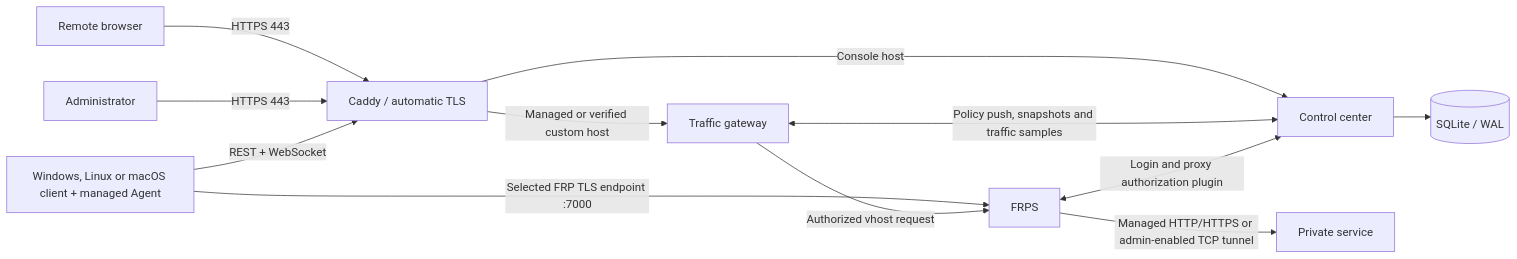
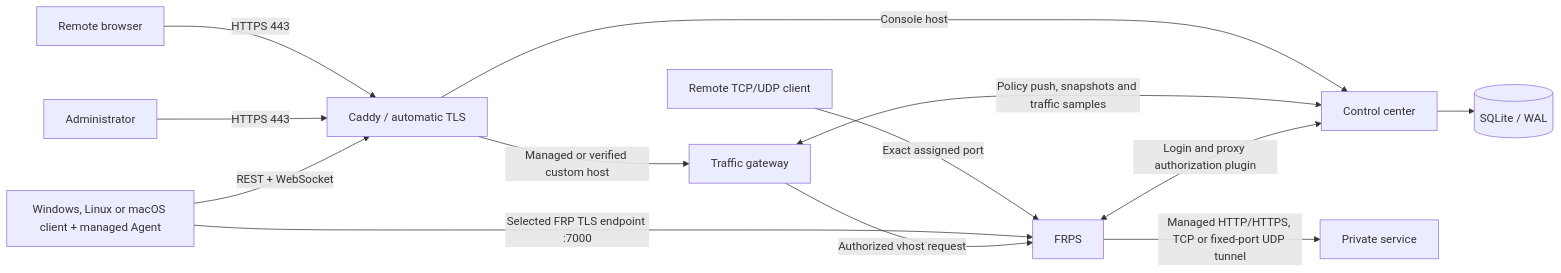
One commit to ZHanry/home-tunnel-server changed the diagram in docs/ARCHITECTURE.md. Above: the diagram before and after it, drawn with Mermaid. The commit also changed other lines of this file and 59 other files, not shown here.

Commit message:
Release 3.1 managed TCP and UDP tunnels

````diff
--- a/docs/ARCHITECTURE.md
+++ b/docs/ARCHITECTURE.md
@@ -5,14 +5,15 @@
 ```mermaid
 flowchart LR
     Visitor["Remote browser"] -->|"HTTPS 443"| Caddy["Caddy / automatic TLS"]
+    RawClient["Remote TCP/UDP client"] -->|"Exact assigned port"| FRPS
     Admin["Administrator"] -->|"HTTPS 443"| Caddy
     Client["Windows, Linux or macOS client + managed Agent"] -->|"REST + WebSocket"| Caddy
     Client -->|"Selected FRP TLS endpoint :7000"| FRPS["FRPS"]
     Caddy -->|"Console host"| Control["Control center"]
     Caddy -->|"Managed or verified custom host"| Gateway["Traffic gateway"]
     Gateway -->|"Authorized vhost request"| FRPS
-    FRPS -->|"Managed HTTP/HTTPS or admin-enabled TCP tunnel"| Local["Private service"]
+    FRPS -->|"Managed HTTP/HTTPS, TCP or fixed-port UDP tunnel"| Local["Private service"]
     Control --> SQLite[("SQLite / WAL")]
     Gateway <-->|"Policy push, snapshots and traffic samples"| Control
     FRPS <-->|"Login and proxy authorization plugin"| Control
 ```
````
